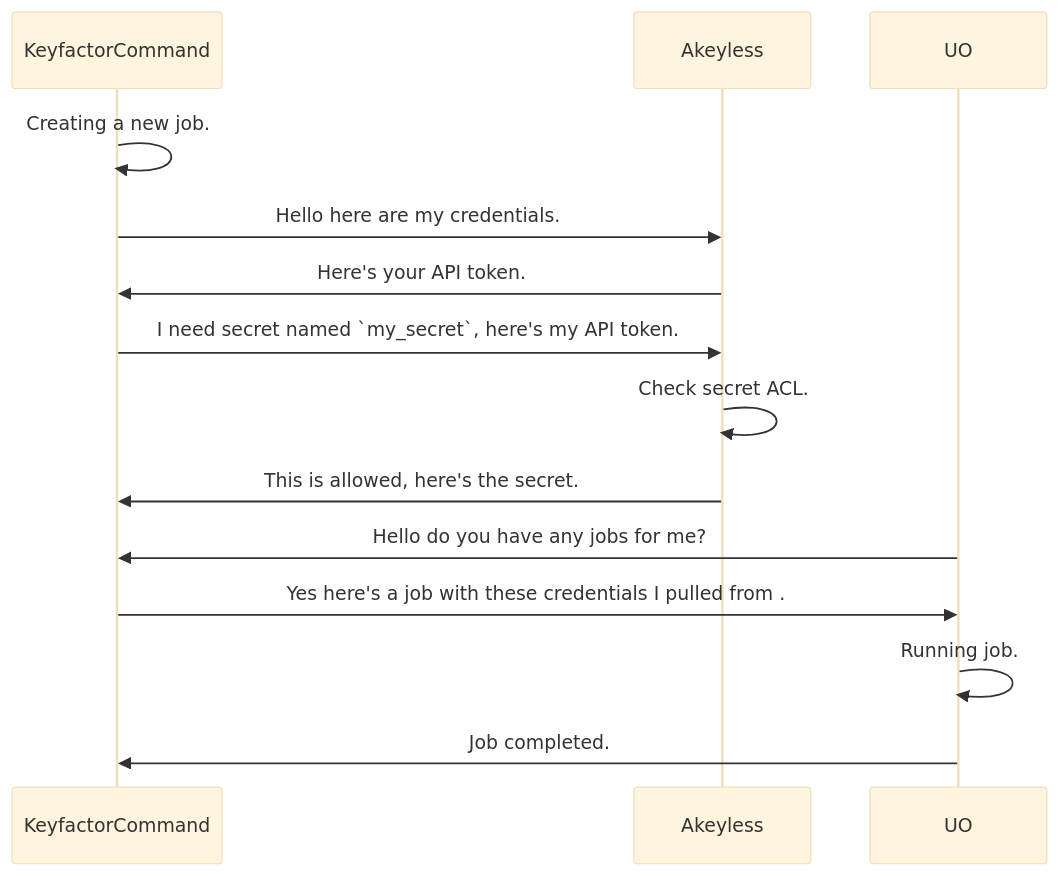
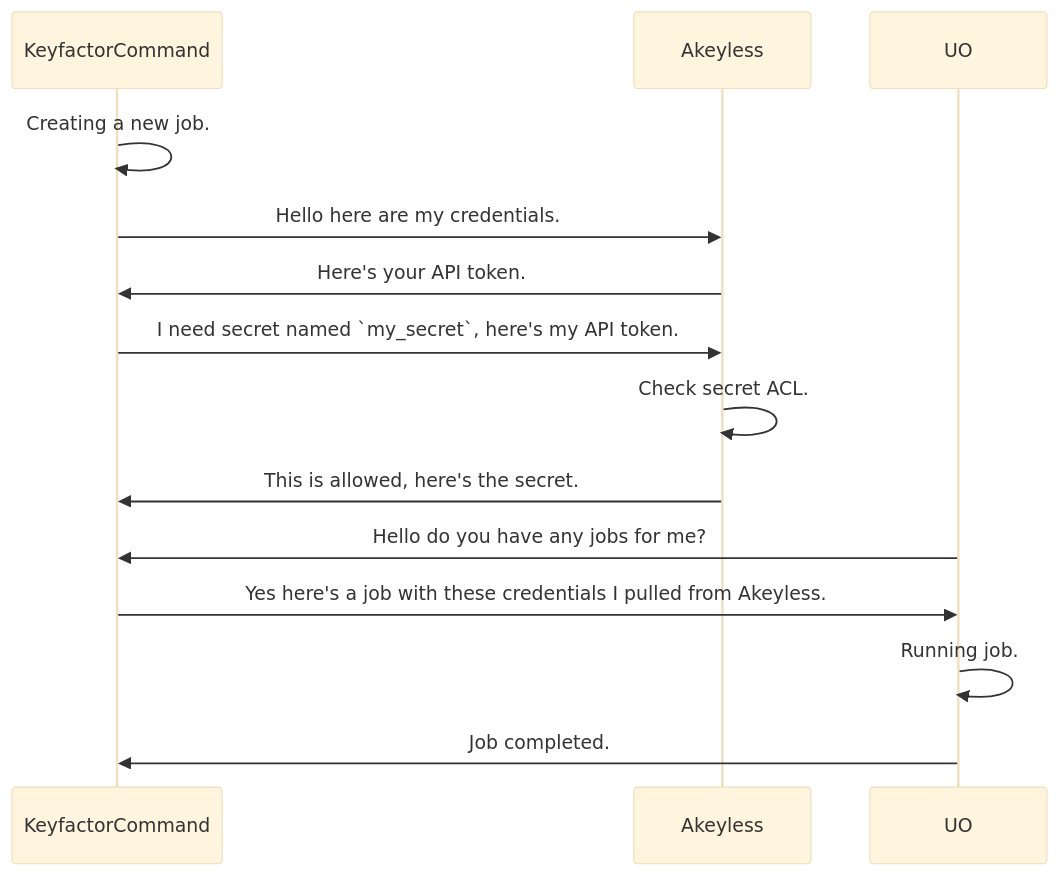
One commit to Keyfactor/akeyless-pam changed the second of 2 diagrams in docs/akeyless.md. Above: the diagram before and after it, drawn with Mermaid (base theme). The commit also changed other lines of this file and 17 other files, not shown here.

````diff
--- a/docs/akeyless.md
+++ b/docs/akeyless.md
@@ -89,13 +88,13 @@
 ```mermaid
 sequenceDiagram
     KeyfactorCommand->>KeyfactorCommand: Creating a new job.
     KeyfactorCommand->>Akeyless: Hello here are my credentials.
     Akeyless->>KeyfactorCommand: Here's your API token.
     KeyfactorCommand->>Akeyless: I need secret named `my_secret`, here's my API token.
     Akeyless->>Akeyless: Check secret ACL.
     Akeyless->>KeyfactorCommand: This is allowed, here's the secret.
     UO->>KeyfactorCommand: Hello do you have any jobs for me?
-    KeyfactorCommand->>UO: Yes here's a job with these credentials I pulled from .
+    KeyfactorCommand->>UO: Yes here's a job with these credentials I pulled from Akeyless.
     UO->>UO: Running job.
     UO->>KeyfactorCommand: Job completed.
 ```
````
